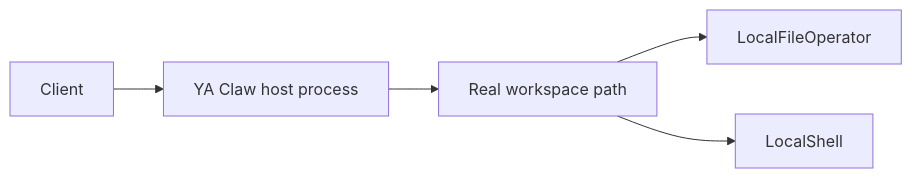
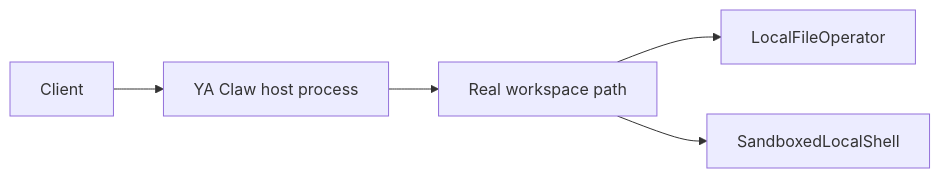
Before and after one commit to Wh1isper/ya-agent-sdk: the diagram in skills/ya-claw-deploy/references/workspace-provider/service-local-local-shell.md, drawn with Mermaid. The commit also changed other lines of this file and 17 other files, not shown here.

````diff
--- a/skills/ya-claw-deploy/references/workspace-provider/service-local-local-shell.md
+++ b/skills/ya-claw-deploy/references/workspace-provider/service-local-local-shell.md
@@ -7,7 +7,7 @@
 ```mermaid
 flowchart LR
     CLIENT["Client"] --> SERVICE["YA Claw host process"]
     SERVICE --> WORKSPACE["Real workspace path"]
     WORKSPACE --> FILES["LocalFileOperator"]
-    WORKSPACE --> SHELL["LocalShell"]
+    WORKSPACE --> SHELL["SandboxedLocalShell"]
 ```
````
